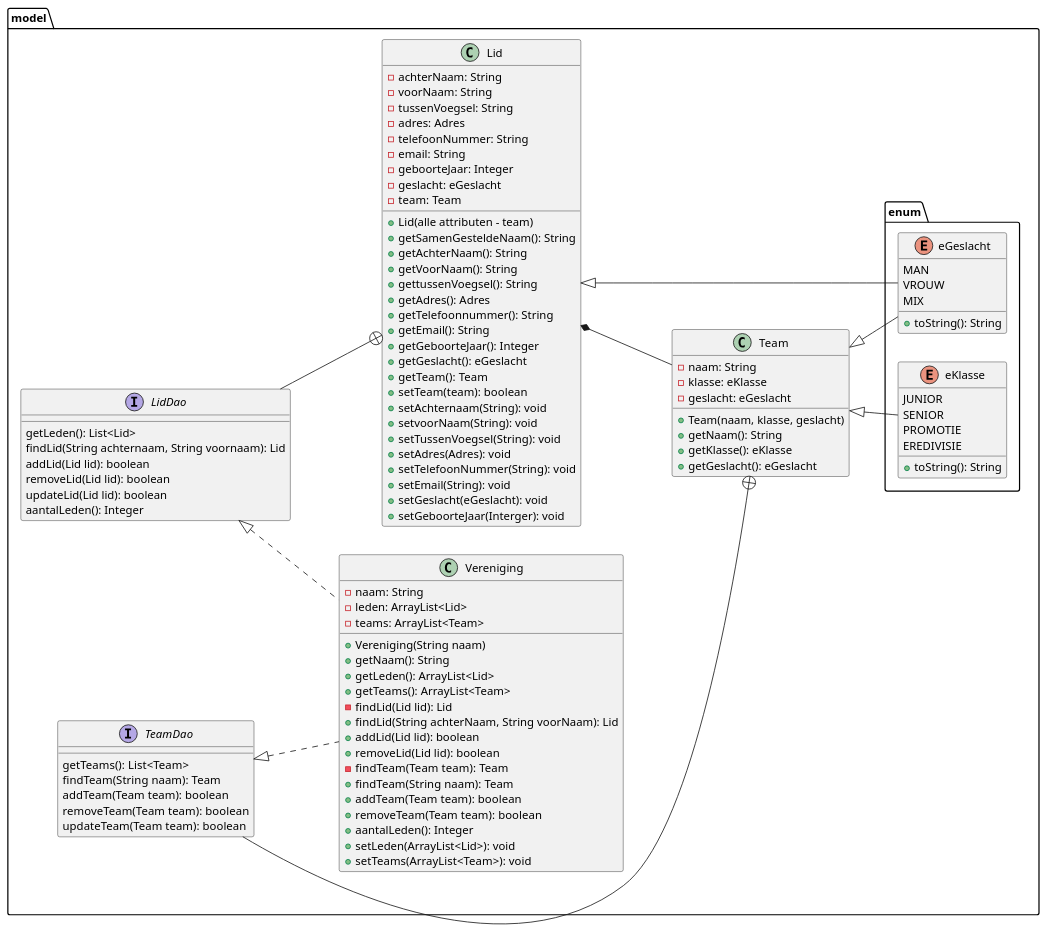
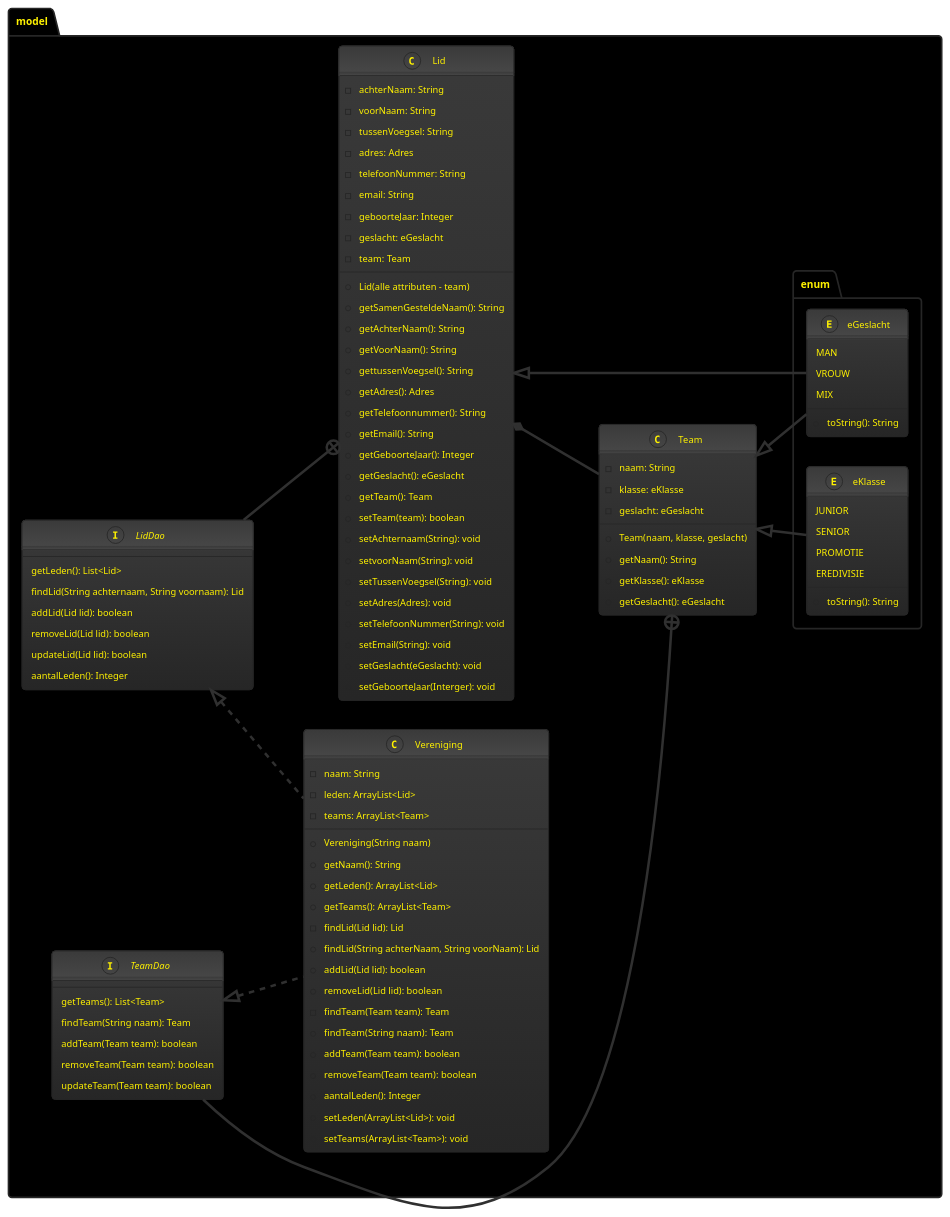
Before and after one commit to kaasszje/Zovoc-Leden-Beheer: the diagram in Docs/Zovoc-Leden-Beheer-KlasseDiagram.puml, drawn with PlantUML. The commit also changed 2 other files, not shown here.

```diff
--- a/Docs/Zovoc-Leden-Beheer-KlasseDiagram.puml
+++ b/Docs/Zovoc-Leden-Beheer-KlasseDiagram.puml
@@ -1,113 +1,113 @@
 @startuml
 'https://plantuml.com/class-diagram
-'!theme materia
+!theme black-knight
 left to right direction
-package model {
+package model #000000{
 class Vereniging implements LidDao, TeamDao{
     -naam: String
     -leden: ArrayList<Lid>
     -teams: ArrayList<Team>
     +Vereniging(String naam)
     +getNaam(): String
     +getLeden(): ArrayList<Lid>
     +getTeams(): ArrayList<Team>
     -findLid(Lid lid): Lid
     +findLid(String achterNaam, String voorNaam): Lid
     +addLid(Lid lid): boolean
     +removeLid(Lid lid): boolean
     -findTeam(Team team): Team
     +findTeam(String naam): Team
     +addTeam(Team team): boolean
     +removeTeam(Team team): boolean
     +aantalLeden(): Integer
     +setLeden(ArrayList<Lid>): void
     +setTeams(ArrayList<Team>): void
 }
 
 class Lid {
     -achterNaam: String
     -voorNaam: String
     -tussenVoegsel: String
     -adres: Adres
     -telefoonNummer: String
     -email: String
     -geboorteJaar: Integer
     -geslacht: eGeslacht
     -team: Team
     +Lid(alle attributen - team)
     +getSamenGesteldeNaam(): String
     +getAchterNaam(): String
     +getVoorNaam(): String
     +gettussenVoegsel(): String
     +getAdres(): Adres
     +getTelefoonnummer(): String
     +getEmail(): String
     +getGeboorteJaar(): Integer
     +getGeslacht(): eGeslacht
     +getTeam(): Team
     +setTeam(team): boolean
     +setAchternaam(String): void
     +setvoorNaam(String): void
     +setTussenVoegsel(String): void
     +setAdres(Adres): void
     +setTelefoonNummer(String): void
     +setEmail(String): void
     +setGeslacht(eGeslacht): void
     +setGeboorteJaar(Interger): void
 }
 
 interface LidDao {
         getLeden(): List<Lid>
         findLid(String achternaam, String voornaam): Lid
         addLid(Lid lid): boolean
         removeLid(Lid lid): boolean
         updateLid(Lid lid): boolean
         aantalLeden(): Integer
 }
 
 class Team {
     -naam: String
     -klasse: eKlasse
     -geslacht: eGeslacht
     +Team(naam, klasse, geslacht)
     +getNaam(): String
     +getKlasse(): eKlasse
     +getGeslacht(): eGeslacht
 }
 
 interface TeamDao {
     getTeams(): List<Team>
     findTeam(String naam): Team
     addTeam(Team team): boolean
     removeTeam(Team team): boolean
     updateTeam(Team team): boolean
 }
 
 package enum {
     enum eGeslacht {
         MAN
         VROUW
         MIX
         +toString(): String
     }
 
 
     enum eKlasse {
           JUNIOR
         SENIOR
         PROMOTIE
         EREDIVISIE
         +toString(): String
     }
 
 }
 }
 
 Team <|- eKlasse
 Team <|-- eGeslacht
 Lid <|- eGeslacht
 Lid  *-- Team
 LidDao --+ Lid
 TeamDao --+ Team
 
 @enduml
```
